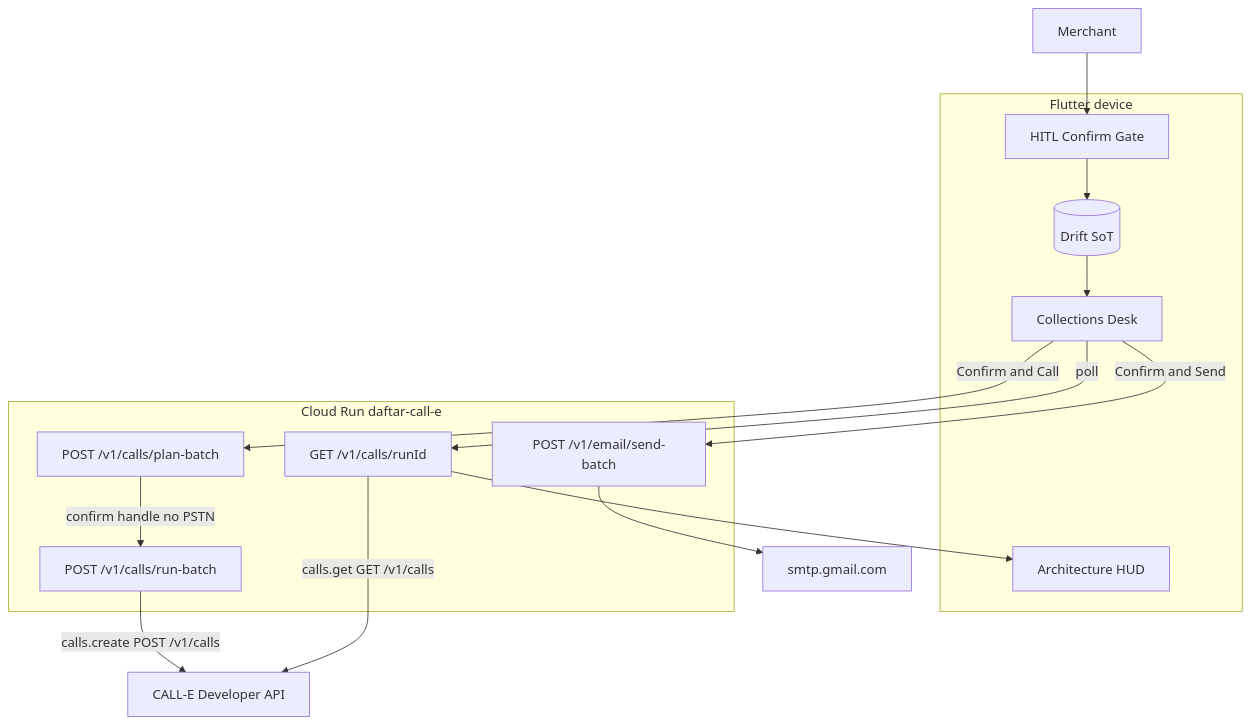
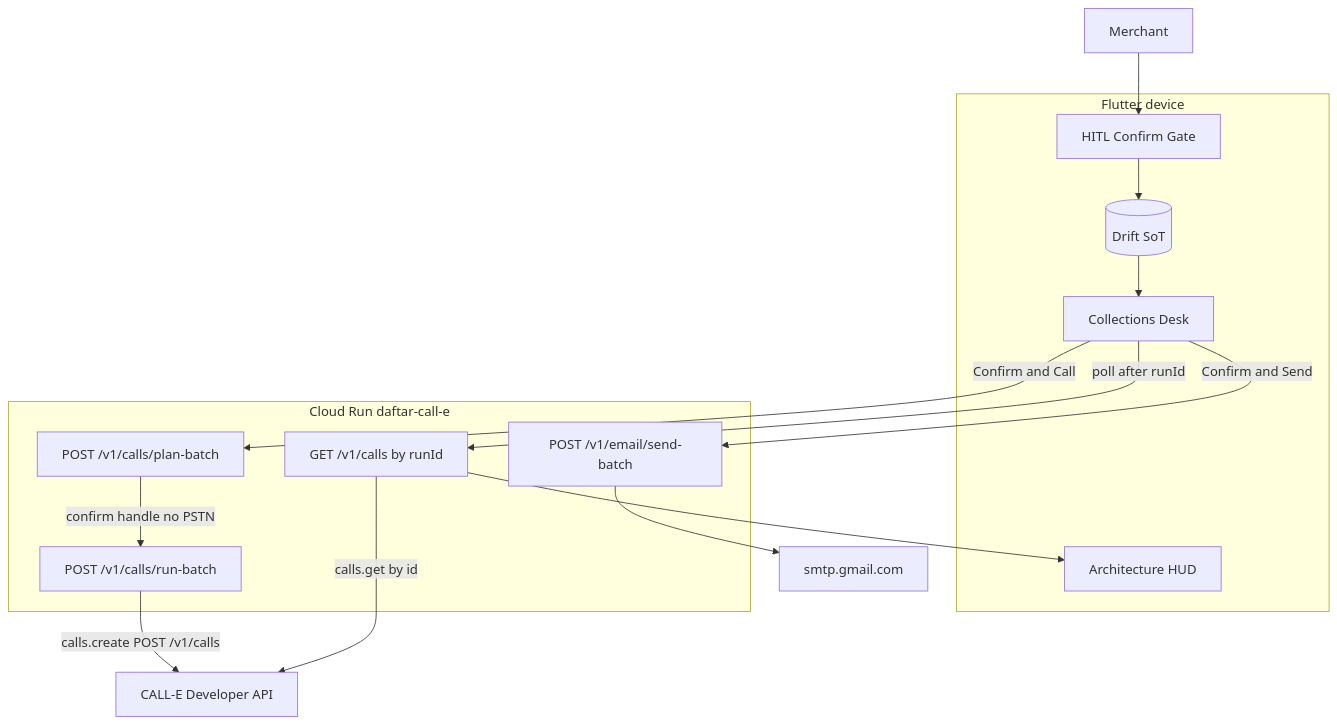
One commit to akrmcodes/daftar-call-e changed the first of 2 diagrams in docs/architecture/contest_architecture.md. Above: the diagram before and after it, drawn with Mermaid.

Commit message:
Update contest architecture documentation in `contest_architecture.md` to clarify API endpoints. Changed `GET /v1/calls/runId` to `GET /v1/calls by runId` and adjusted related flowchart labels for better understanding of the polling process. Ensured consistency in terminology throughout the document.

````diff
--- a/docs/architecture/contest_architecture.md
+++ b/docs/architecture/contest_architecture.md
@@ -28,29 +28,29 @@
 ```mermaid
 flowchart TB
   merchant[Merchant]
   subgraph device [Flutter device]
     hitl[HITL Confirm Gate]
     drift[(Drift SoT)]
     desk[Collections Desk]
     hud[Architecture HUD]
     hitl --> drift
     drift --> desk
   end
   subgraph cloud [Cloud Run daftar-call-e]
     plan["POST /v1/calls/plan-batch"]
     create["POST /v1/calls/run-batch"]
-    poll["GET /v1/calls/runId"]
+    poll["GET /v1/calls by runId"]
     send["POST /v1/email/send-batch"]
   end
   calle["CALL-E Developer API"]
-  smtp[smtp.gmail.com]
+  smtp["smtp.gmail.com"]
   merchant --> hitl
   desk -->|"Confirm and Call"| plan
   plan -->|"confirm handle no PSTN"| create
   create -->|"calls.create POST /v1/calls"| calle
-  desk -->|"poll"| poll
-  poll -->|"calls.get GET /v1/calls"| calle
+  desk -->|"poll after runId"| poll
+  poll -->|"calls.get by id"| calle
   poll --> hud
   desk -->|"Confirm and Send"| send
   send --> smtp
 ```
````
